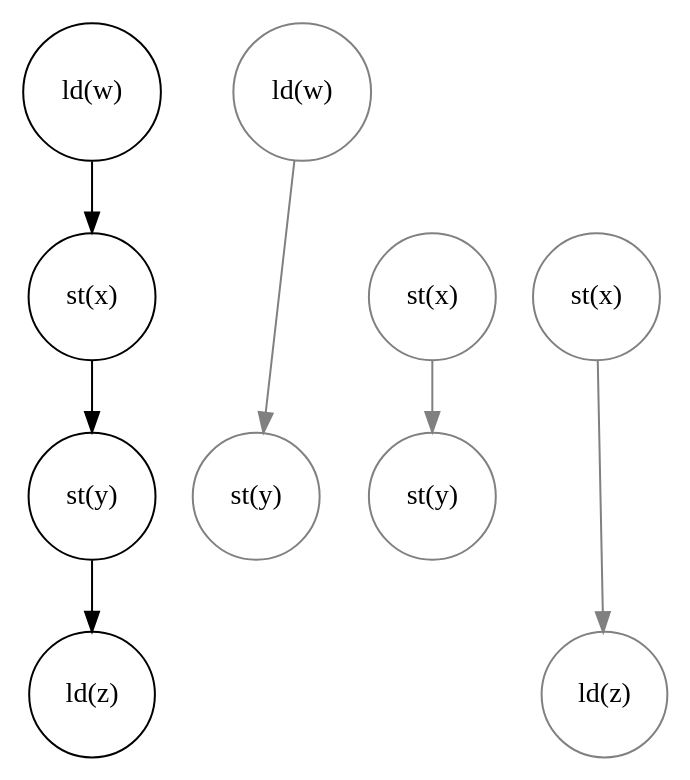
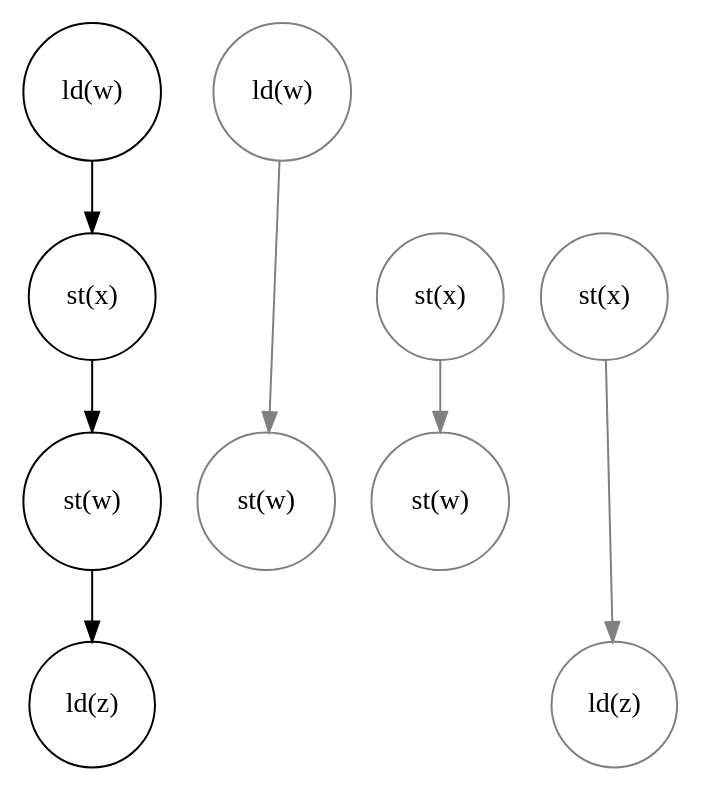
The first of 7 diagrams in presentation.org (johnbender/oopsla-2015-presentation), drawn with Graphviz before and after one commit. The commit also changed other lines of this file and 14 other files, not shown here.

```diff
--- a/presentation.org
+++ b/presentation.org
@@ -333,40 +333,40 @@
    #+BEGIN_SRC dot :file assets/images/full-graph.png :exports results
 digraph a {
  splines=line
  node [shape = circle];
  1 [label="ld(w)"]
  2 [label="st(x)"]
- 3 [label="st(y)"]
+ 3 [label="st(w)"]
  4 [label="ld(z)"]
 
  1 -> 2
  2 -> 3
  3 -> 4
 
  node[shape=circle]
  5 [label="ld(w)", color="gray"]
- 7 [label="st(y)", color="gray"]
+ 7 [label="st(w)", color="gray"]
 
  9 [label="st(x)", color="gray"]
- 10 [label="st(y)", color="gray"]
+ 10 [label="st(w)", color="gray"]
 
  6 [label="st(x)", color="gray"]
  8 [label="ld(z)", color="gray"]
 
  node[shape=point style=invis]
  splines=line
  5 -> m [style=invis]
  m -> 7 [style=invis]
  n -> 6 [style=invis]
  6 -> o [style=invis]
  o -> 8 [style=invis]
  p -> 9 [style=invis]
 
 
  5 -> 7 [color="gray"]
 
  9 -> 10 [color="gray"]
 
  6 -> 8 [color="gray"]
 }
    #+END_SRC
```
